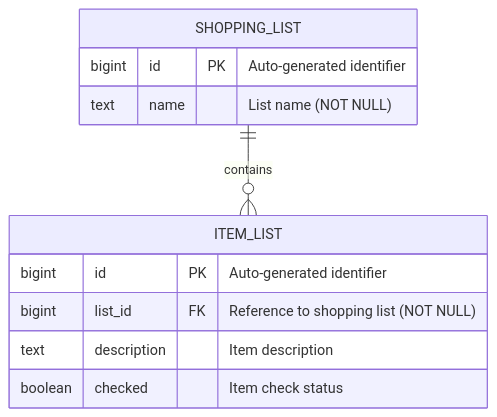
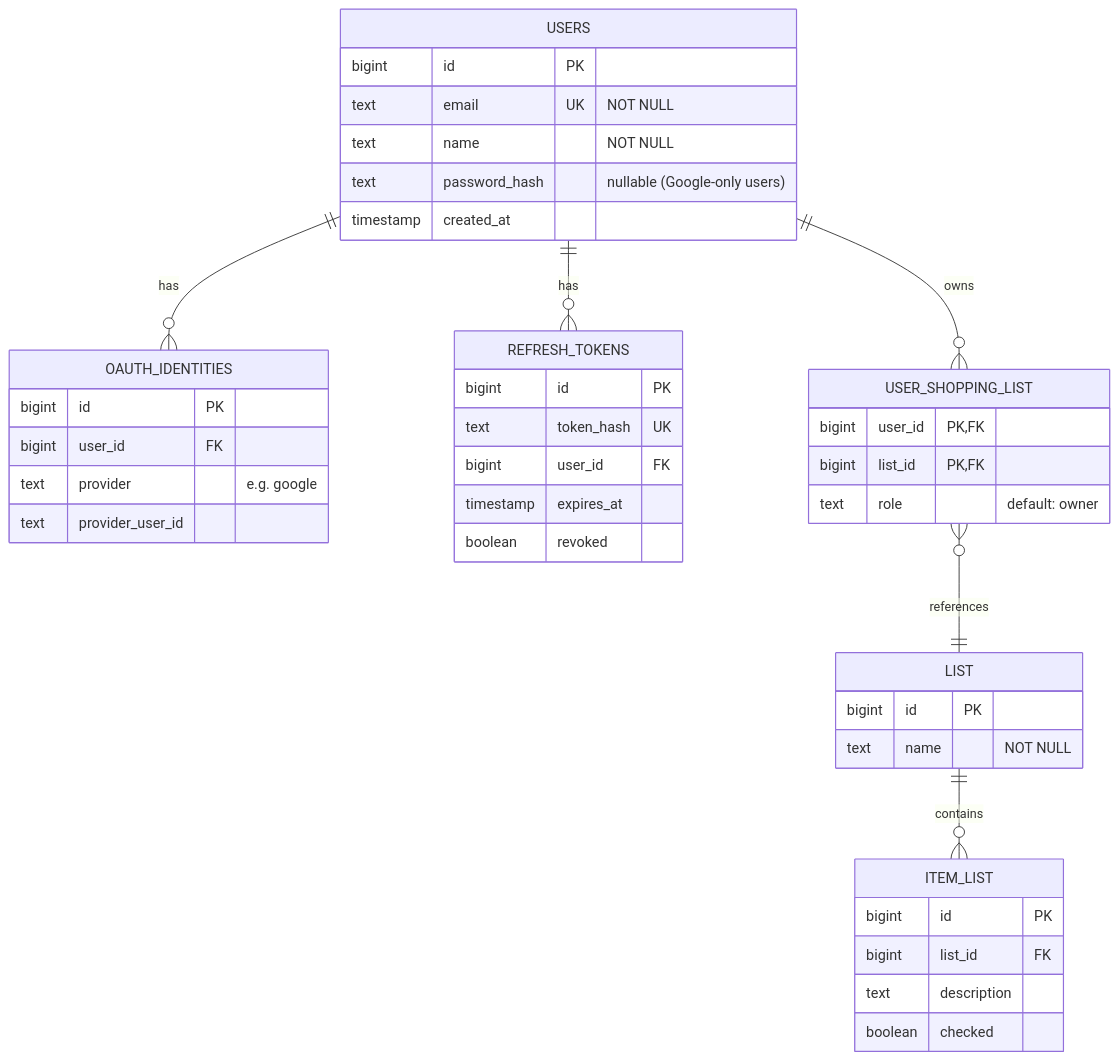
One commit to tsantanadev/lista-ai changed the second of 2 diagrams in README.md. Above: the diagram before and after it, drawn with Mermaid. The commit also changed other lines of this file, not shown here.

Commit message:
Update README with auth, schema, and env var docs

````diff
--- a/README.md
+++ b/README.md
@@ -110,16 +141,49 @@
 ```mermaid
 erDiagram
-    SHOPPING_LIST ||--o{ ITEM_LIST : contains
+    USERS ||--o{ OAUTH_IDENTITIES : has
+    USERS ||--o{ REFRESH_TOKENS : has
+    USERS ||--o{ USER_SHOPPING_LIST : owns
+    USER_SHOPPING_LIST }o--|| LIST : references
+    LIST ||--o{ ITEM_LIST : contains
 
-    SHOPPING_LIST {
-        bigint id PK "Auto-generated identifier"
-        text name "List name (NOT NULL)"
+    USERS {
+        bigint id PK
+        text email UK "NOT NULL"
+        text name "NOT NULL"
+        text password_hash "nullable (Google-only users)"
+        timestamp created_at
+    }
+
+    OAUTH_IDENTITIES {
+        bigint id PK
+        bigint user_id FK
+        text provider "e.g. google"
+        text provider_user_id
+    }
+
+    REFRESH_TOKENS {
+        bigint id PK
+        text token_hash UK
+        bigint user_id FK
+        timestamp expires_at
+        boolean revoked
+    }
+
+    USER_SHOPPING_LIST {
+        bigint user_id PK,FK
+        bigint list_id PK,FK
+        text role "default: owner"
+    }
+
+    LIST {
+        bigint id PK
+        text name "NOT NULL"
     }
 
     ITEM_LIST {
-        bigint id PK "Auto-generated identifier"
-        bigint list_id FK "Reference to shopping list (NOT NULL)"
-        text description "Item description"
-        boolean checked "Item check status"
+        bigint id PK
+        bigint list_id FK
+        text description
+        boolean checked
     }
 ```
````
